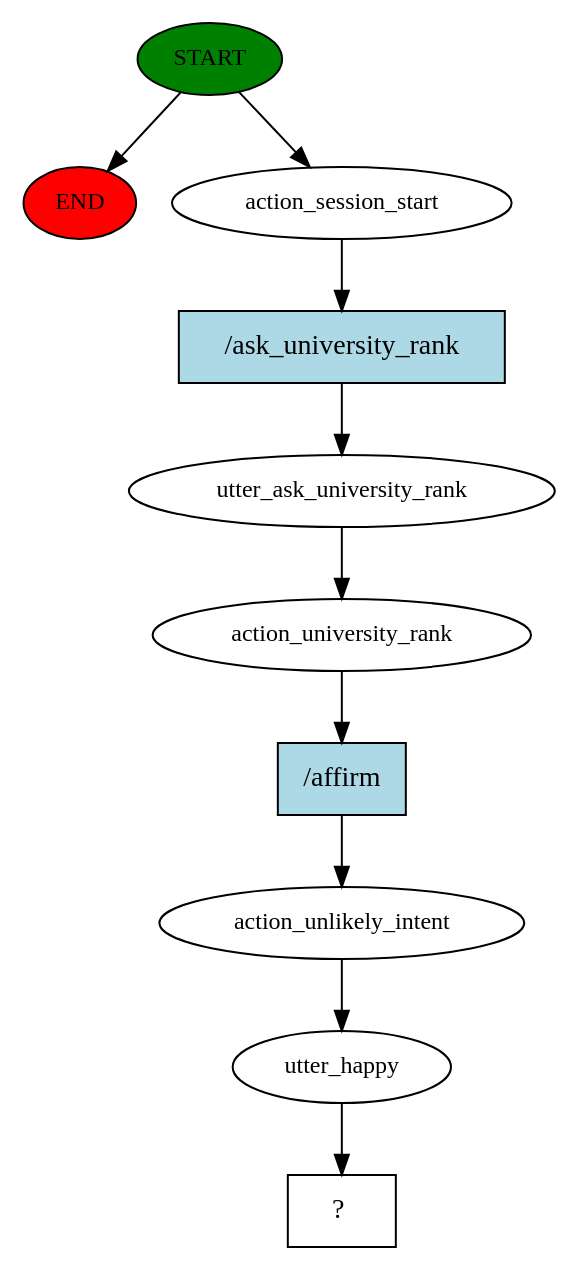
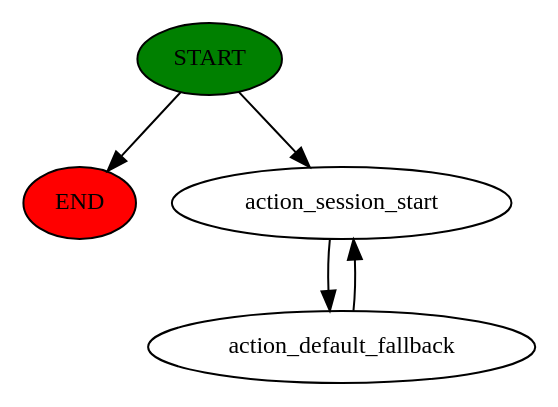
The diagram in story_graph.dot (Althaf99/Recommendatoin_ChatBot), drawn with Graphviz before and after one commit. The commit also changed 1301 other files, not shown here.

```diff
--- a/story_graph.dot
+++ b/story_graph.dot
@@ -1,21 +1,10 @@
 digraph  {
 0 [class="start active", fillcolor=green, fontsize=12, label=START, style=filled];
 "-1" [class=end, fillcolor=red, fontsize=12, label=END, style=filled];
 1 [class=active, fontsize=12, label=action_session_start];
-2 [class=active, fontsize=12, label=utter_ask_university_rank];
-3 [class=active, fontsize=12, label=action_university_rank];
-4 [class=active, fontsize=12, label=action_unlikely_intent];
-5 [class=active, fontsize=12, label=utter_happy];
-6 [class="intent dashed active", label="  ?  ", shape=rect];
-7 [class="intent active", fillcolor=lightblue, label="/ask_university_rank", shape=rect, style=filled];
-8 [class="intent active", fillcolor=lightblue, label="/affirm", shape=rect, style=filled];
+2 [class="active dashed", fontsize=12, label=action_default_fallback];
 0 -> "-1"  [class="", key=NONE, label=""];
 0 -> 1  [class=active, key=NONE, label=""];
-1 -> 7  [class=active, key=0];
-2 -> 3  [class=active, key=NONE, label=""];
-3 -> 8  [class=active, key=0];
-4 -> 5  [class=active, key=NONE, label=""];
-5 -> 6  [class=active, key=NONE, label=""];
-7 -> 2  [class=active, key=0];
-8 -> 4  [class=active, key=0];
+1 -> 2  [class=active, key=NONE, label=""];
+2 -> 1  [class=active, key=NONE, label=""];
 }
```
